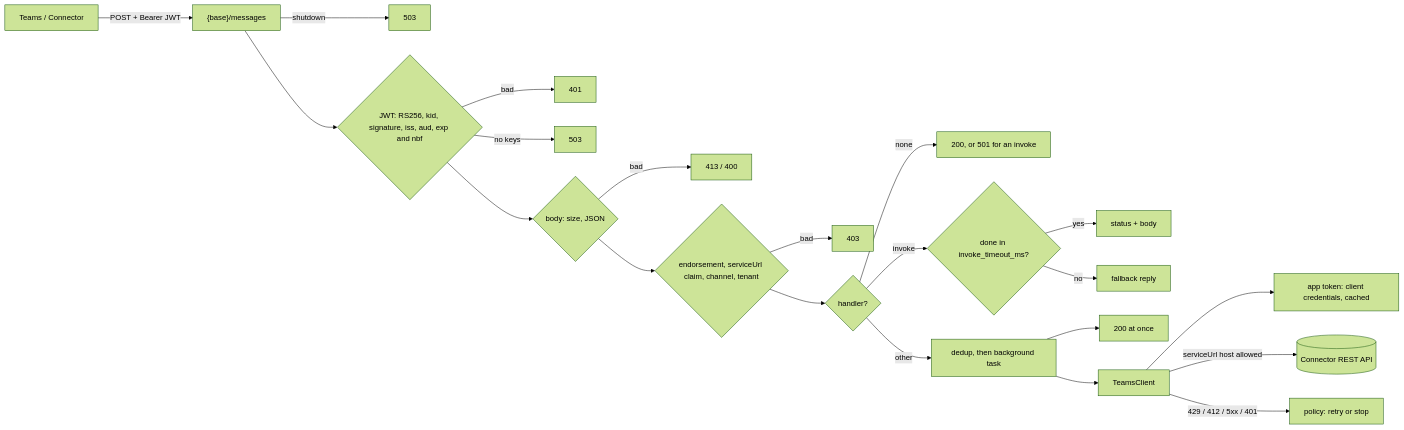
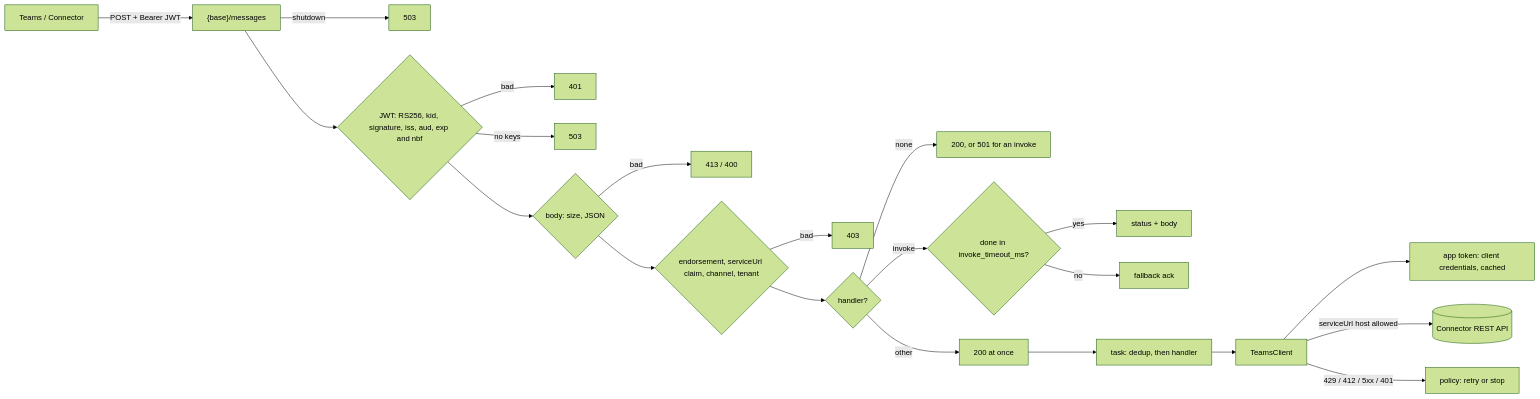
One commit to autumn-foundation/autumn-plugin-teams changed the diagram in docs/plan.md. Above: the diagram before and after it, drawn with Mermaid (forest theme). The commit also changed other lines of this file and 19 other files, not shown here.

````diff
--- a/docs/plan.md
+++ b/docs/plan.md
@@ -84,22 +84,22 @@
 ```mermaid
 flowchart LR
   T[Teams / Connector] -->|POST + Bearer JWT| R["{base}/messages"]
   R -->|shutdown| E5[503]
   R --> J{JWT: RS256, kid, signature, iss, aud, exp and nbf}
   J -->|bad| E1[401]
   J -->|no keys| K[503]
   J --> B{body: size, JSON}
   B -->|bad| E4[413 / 400]
   B --> C{endorsement, serviceUrl claim, channel, tenant}
   C -->|bad| E3[403]
   C --> H{handler?}
   H -->|none| U[200, or 501 for an invoke]
   H -->|invoke| W{done in invoke_timeout_ms?}
   W -->|yes| IR[status + body]
-  W -->|no| L[fallback reply]
-  H -->|other| BG[dedup, then background task] --> A1[200 at once]
+  W -->|no| L[fallback ack]
+  H -->|other| A1[200 at once] --> BG[task: dedup, then handler]
   BG --> CL[TeamsClient]
   CL --> TK[app token: client credentials, cached]
   CL -->|serviceUrl host allowed| API[(Connector REST API)]
   CL -->|429 / 412 / 5xx / 401| POL[policy: retry or stop]
 ```
````
